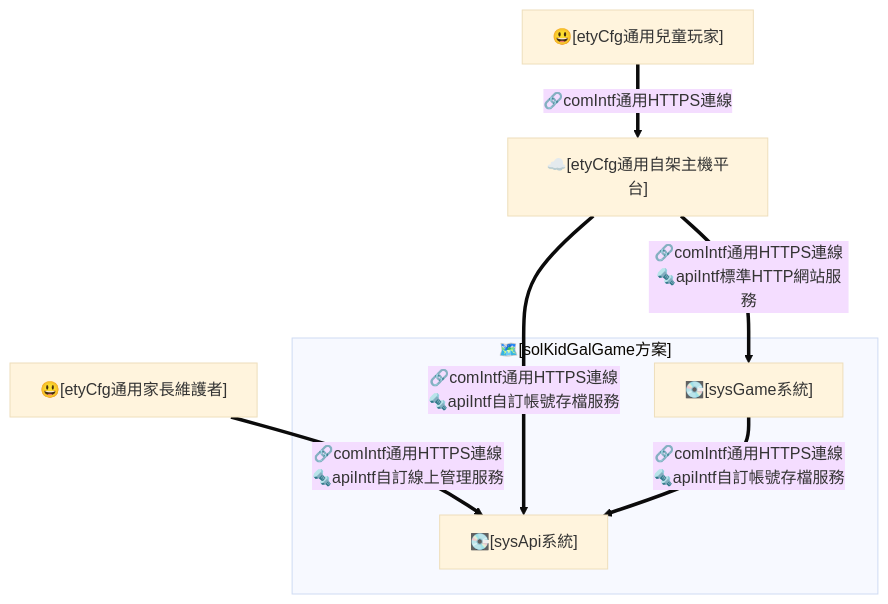
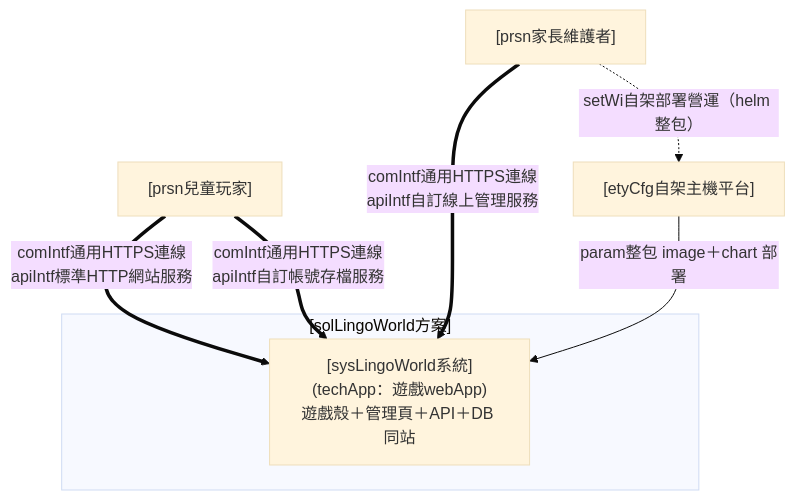
Before and after one commit to twStellerWhale-Ocean2/solKidGalGame1: the second of 4 diagrams in docs/design.md, drawn with Mermaid (base theme). The commit also changed other lines of this file and 23 other files, not shown here.

First line of the commit message:
refactor: repo 全面對齊遠端新名 solLingoWorld 並收斂發行物命名紀律 (#323)

````diff
--- a/docs/design.md
+++ b/docs/design.md
@@ -52,18 +175,17 @@
 ```mermaid
 flowchart TB
 
-USR["😃[etyCfg通用兒童玩家]"]
-ADM["😃[etyCfg通用家長維護者]"]
-HOST["☁️[etyCfg通用自架主機平台]"]
+USR["[prsn兒童玩家]"]
+ADM["[prsn家長維護者]"]
+HOST["[etyCfg自架主機平台]"]
 
-subgraph SOL["🗺️[solKidGalGame方案]"]
-  SYS["💽[sysGame系統]"]
-  API["💽[sysApi系統]"]
+subgraph SOL["[solLingoWorld方案]"]
+  SYS["[sysLingoWorld系統]<br/>(techApp：遊戲webApp)<br/>遊戲殼＋管理頁＋API＋DB 同站"]
 end
 
-USR ==>|"🔗comIntf通用HTTPS連線"| HOST
-ADM ==>|"🔗comIntf通用HTTPS連線<br/>🔩apiIntf自訂線上管理服務"| API
-HOST ==>|"🔗comIntf通用HTTPS連線<br/>🔩apiIntf標準HTTP網站服務"| SYS
-HOST ==>|"🔗comIntf通用HTTPS連線<br/>🔩apiIntf自訂帳號存檔服務"| API
-SYS ==>|"🔗comIntf通用HTTPS連線<br/>🔩apiIntf自訂帳號存檔服務"| API
+USR ==>|"comIntf通用HTTPS連線<br/>apiIntf標準HTTP網站服務"| SYS
+USR ==>|"comIntf通用HTTPS連線<br/>apiIntf自訂帳號存檔服務"| SYS
+ADM ==>|"comIntf通用HTTPS連線<br/>apiIntf自訂線上管理服務"| SYS
+ADM -.->|"setWi自架部署營運（helm 整包）"| HOST
+HOST -->|"param整包 image＋chart 部署"| SYS
 ```
````
